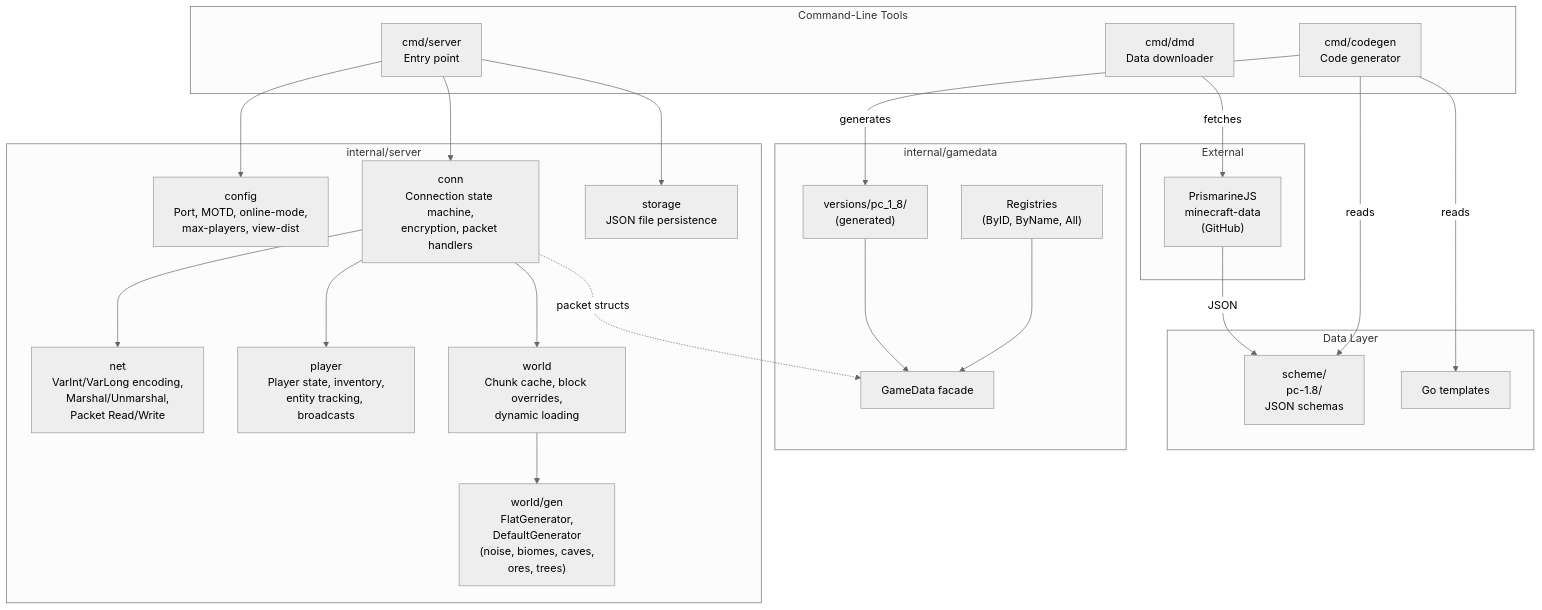
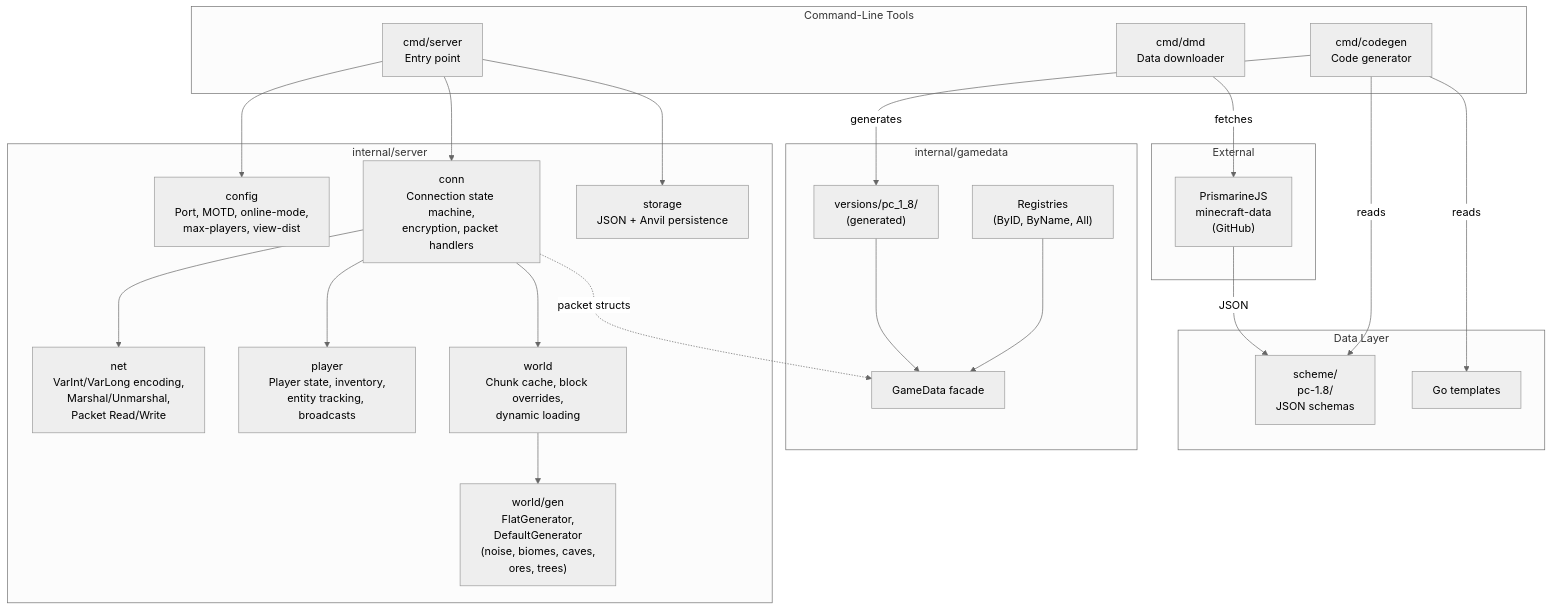
The first of 4 diagrams in README.md (go-theft-craft/server), drawn with Mermaid (neutral theme) before and after one commit. The commit also changed other lines of this file and 30 other files, not shown here.

````diff
--- a/README.md
+++ b/README.md
@@ -91,50 +98,50 @@
 ```mermaid
 graph TB
     subgraph CLI["Command-Line Tools"]
         SERVER["cmd/server<br/>Entry point"]
         DMD["cmd/dmd<br/>Data downloader"]
         CODEGEN["cmd/codegen<br/>Code generator"]
     end
 
     subgraph External["External"]
         PRISMARINE["PrismarineJS<br/>minecraft-data<br/>(GitHub)"]
     end
 
     subgraph Data["Data Layer"]
         SCHEME["scheme/<br/>pc-1.8/<br/>JSON schemas"]
         TEMPLATES["Go templates"]
     end
 
     subgraph GameData["internal/gamedata"]
         FACADE["GameData facade"]
         REGISTRIES["Registries<br/>(ByID, ByName, All)"]
         VERSIONS["versions/pc_1_8/<br/>(generated)"]
     end
 
     subgraph Server["internal/server"]
         CONFIG["config<br/>Port, MOTD, online-mode,<br/>max-players, view-dist"]
         CONN["conn<br/>Connection state machine,<br/>encryption, packet handlers"]
         NET["net<br/>VarInt/VarLong encoding,<br/>Marshal/Unmarshal,<br/>Packet Read/Write"]
         PLAYER["player<br/>Player state, inventory,<br/>entity tracking, broadcasts"]
         WORLD["world<br/>Chunk cache, block overrides,<br/>dynamic loading"]
         GEN["world/gen<br/>FlatGenerator,<br/>DefaultGenerator<br/>(noise, biomes, caves,<br/>ores, trees)"]
-        STORAGE["storage<br/>JSON file persistence"]
+        STORAGE["storage<br/>JSON + Anvil persistence"]
     end
 
     DMD -->|fetches| PRISMARINE
     PRISMARINE -->|JSON| SCHEME
     CODEGEN -->|reads| SCHEME
     CODEGEN -->|reads| TEMPLATES
     CODEGEN -->|generates| VERSIONS
     VERSIONS --> FACADE
     REGISTRIES --> FACADE
 
     SERVER --> CONFIG
     SERVER --> CONN
     CONN --> NET
     CONN --> PLAYER
     CONN --> WORLD
     WORLD --> GEN
     SERVER --> STORAGE
     CONN -.->|packet structs| FACADE
 ```
````
